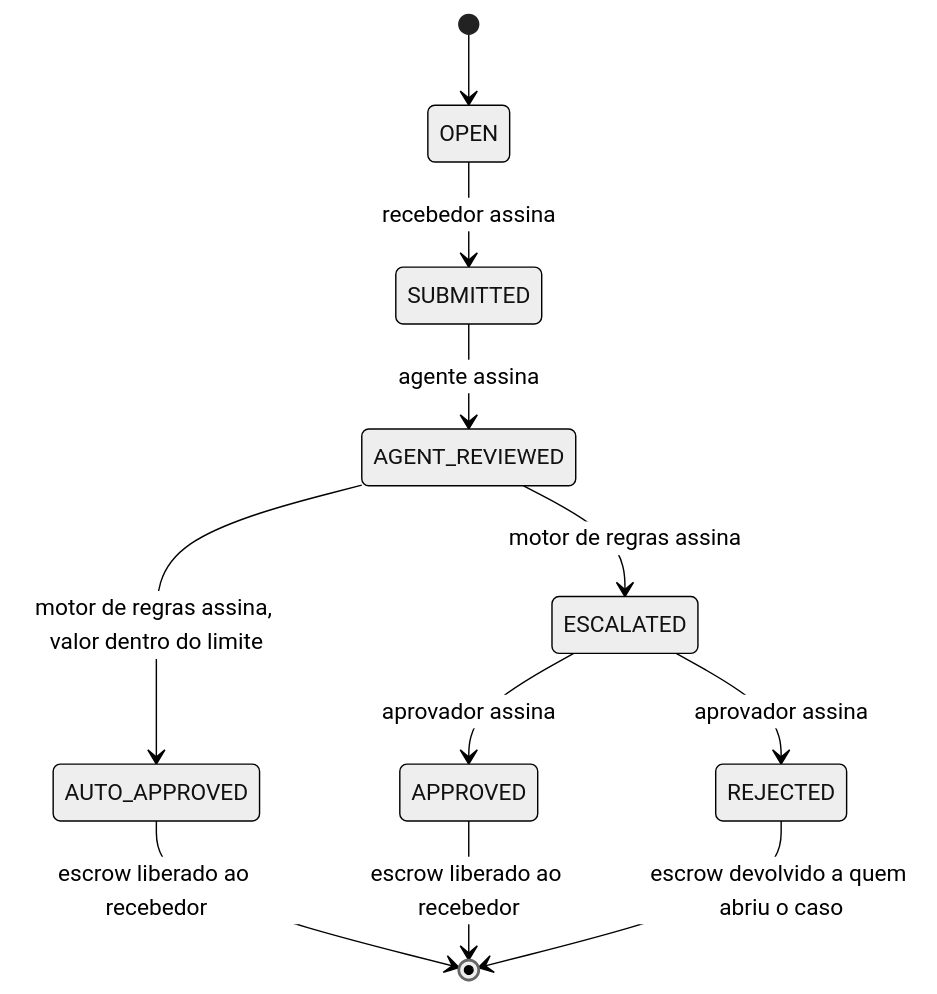
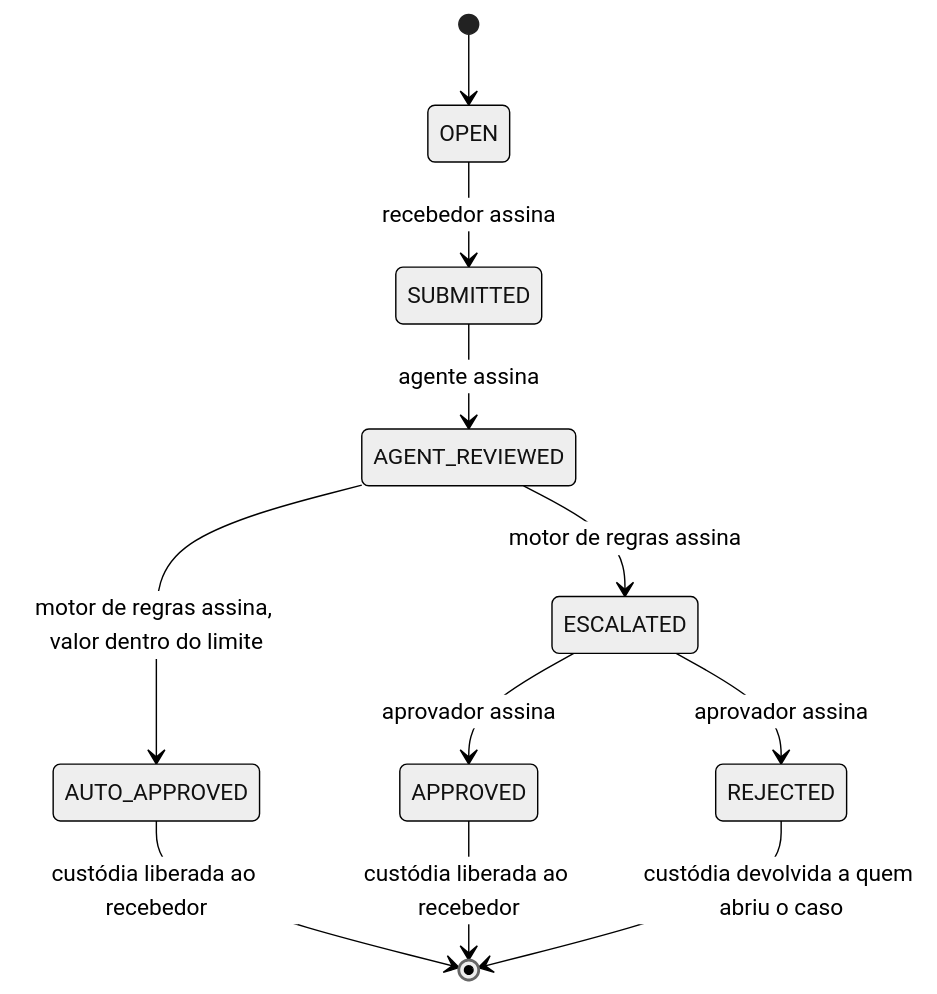
Before and after one commit to catitodev/CoorRe: the first of 4 diagrams in README.md, drawn with Mermaid (neutral theme). The commit also changed other lines of this file, not shown here.

````diff
--- a/README.md
+++ b/README.md
@@ -207,13 +218,13 @@
 ```mermaid
 stateDiagram-v2
     [*] --> OPEN
     OPEN --> SUBMITTED: recebedor assina
     SUBMITTED --> AGENT_REVIEWED: agente assina
     AGENT_REVIEWED --> AUTO_APPROVED: motor de regras assina, valor dentro do limite
     AGENT_REVIEWED --> ESCALATED: motor de regras assina
     ESCALATED --> APPROVED: aprovador assina
     ESCALATED --> REJECTED: aprovador assina
-    AUTO_APPROVED --> [*]: escrow liberado ao recebedor
-    APPROVED --> [*]: escrow liberado ao recebedor
-    REJECTED --> [*]: escrow devolvido a quem abriu o caso
+    AUTO_APPROVED --> [*]: custódia liberada ao recebedor
+    APPROVED --> [*]: custódia liberada ao recebedor
+    REJECTED --> [*]: custódia devolvida a quem abriu o caso
 ```
````
